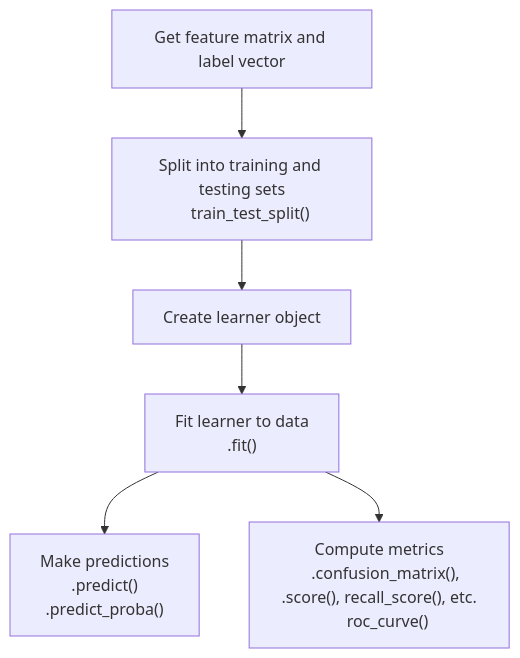
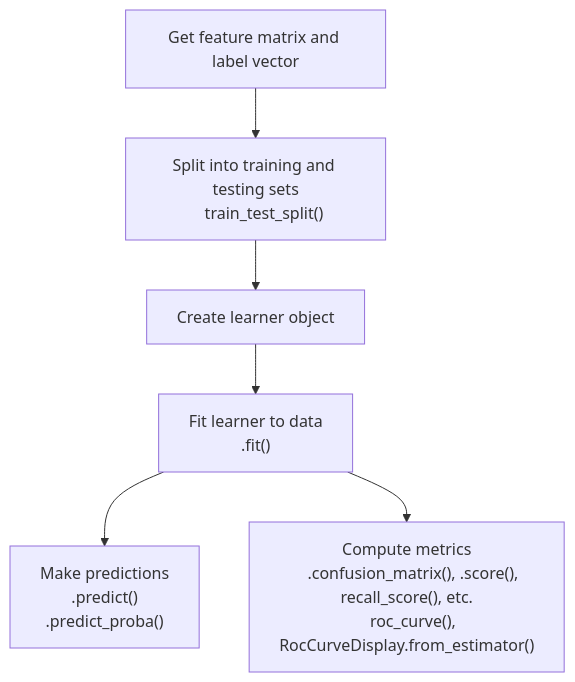
Before and after one commit to UD-Math-Data-Science-1/book: the fourth of 4 diagrams in classification.qmd, drawn with Mermaid. The commit also changed other lines of this file, not shown here.

Commit message:
use RocCurveDisplay

````diff
--- a/classification.qmd
+++ b/classification.qmd
@@ -1503,17 +1501,17 @@
 ```{mermaid}
 flowchart TD
     dataset["Get feature matrix and label vector"]
     split["Split into training and testing sets
     train_test_split()"]
     object["Create learner object"]
     train["Fit learner to data
     .fit()"]
     predict["Make predictions
     .predict()
     .predict_proba()"]
     evaluate["Compute metrics
     .confusion_matrix(), .score(), recall_score(), etc.
-    roc_curve()"]
+    roc_curve(), RocCurveDisplay.from_estimator()"]
     dataset --> split --> object --> train --> predict
     train --> evaluate
 ```
````
